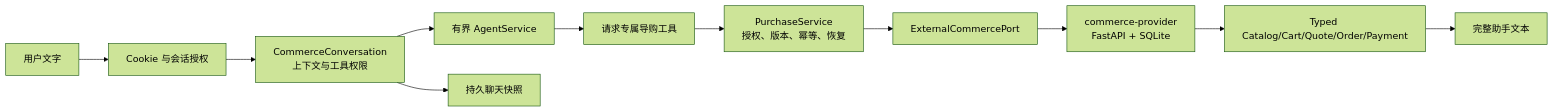
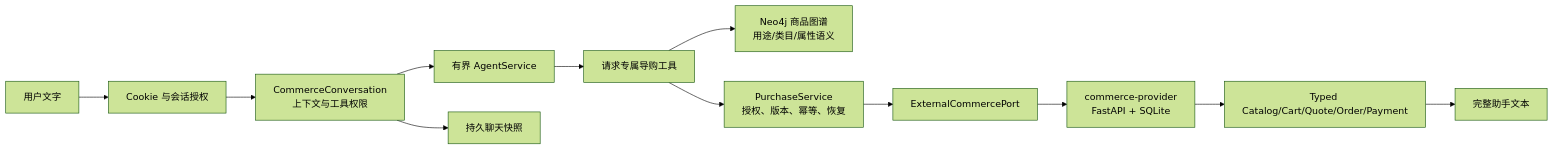
The diagram in docs/design/public-commerce.md (Bensonluo/rag_chatbot), drawn with Mermaid (forest theme) before and after one commit. The commit also changed other lines of this file and 13 other files, not shown here.

Commit message:
feat(commerce): fuse product knowledge graph

````diff
--- a/docs/design/public-commerce.md
+++ b/docs/design/public-commerce.md
@@ -25,13 +25,14 @@
 ```mermaid
 flowchart LR
     U[用户文字] --> G[Cookie 与会话授权]
     G --> C[CommerceConversation<br/>上下文与工具权限]
     C --> A[有界 AgentService]
     A --> T[请求专属导购工具]
+    T --> K[Neo4j 商品图谱<br/>用途/类目/属性语义]
     T --> P[PurchaseService<br/>授权、版本、幂等、恢复]
     P --> X[ExternalCommercePort]
     X --> S[commerce-provider<br/>FastAPI + SQLite]
     S --> V[Typed Catalog/Cart/Quote/Order/Payment]
     V --> R[完整助手文本]
     C --> H[持久聊天快照]
 ```
````
